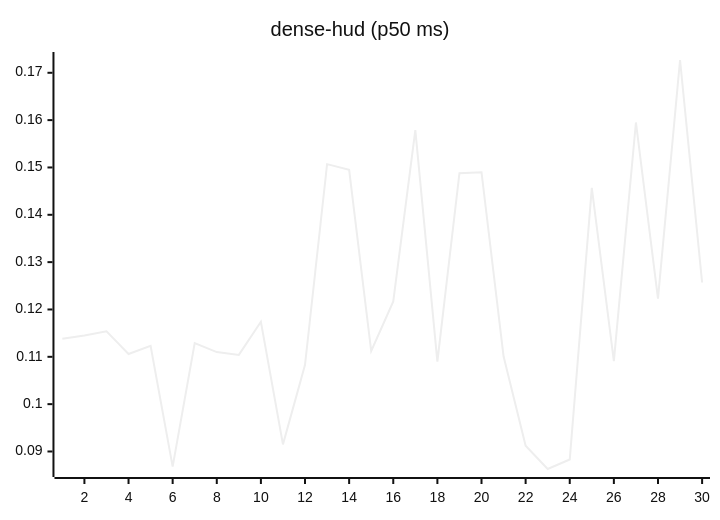
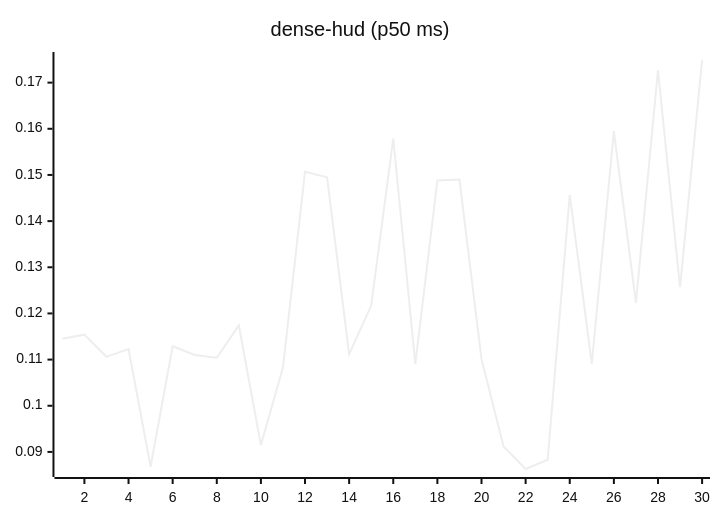
One commit to josha/Facet changed the eighth of 27 diagrams in README.md. Above: the diagram before and after it, drawn with Mermaid (neutral theme). The commit also changed other lines of this file and 2 other files, not shown here.

````diff
--- a/README.md
+++ b/README.md
@@ -112,6 +112,6 @@
 ```mermaid
 xychart-beta
     title "dense-hud (p50 ms)"
     x-axis 1 --> 30
-    line [0.1138, 0.1145, 0.1154, 0.1106, 0.1123, 0.0868, 0.1129, 0.1110, 0.1104, 0.1174, 0.0915, 0.1083, 0.1507, 0.1495, 0.1112, 0.1217, 0.1579, 0.1090, 0.1488, 0.1490, 0.1101, 0.0912, 0.0863, 0.0883, 0.1457, 0.1091, 0.1595, 0.1223, 0.1727, 0.1257]
+    line [0.1145, 0.1154, 0.1106, 0.1123, 0.0868, 0.1129, 0.1110, 0.1104, 0.1174, 0.0915, 0.1083, 0.1507, 0.1495, 0.1112, 0.1217, 0.1579, 0.1090, 0.1488, 0.1490, 0.1101, 0.0912, 0.0863, 0.0883, 0.1457, 0.1091, 0.1595, 0.1223, 0.1727, 0.1257, 0.1749]
 ```
````
